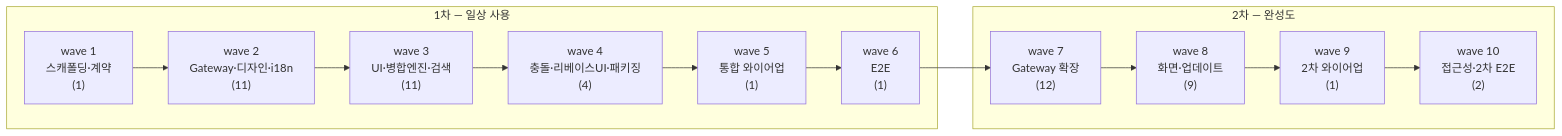
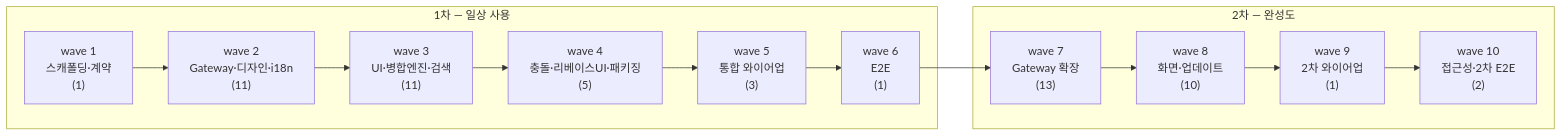
One commit to biuea3866/gitkraken-clone-app changed the diagram in tickets/README.md. Above: the diagram before and after it, drawn with Mermaid. The commit also changed other lines of this file and 6 other files, not shown here.

````diff
--- a/tickets/README.md
+++ b/tickets/README.md
@@ -127,26 +138,26 @@
 ```mermaid
 flowchart LR
     subgraph P1["1차 — 일상 사용"]
         W1["wave 1<br/>스캐폴딩·계약<br/>(1)"]
         W2["wave 2<br/>Gateway·디자인·i18n<br/>(11)"]
         W3["wave 3<br/>UI·병합엔진·검색<br/>(11)"]
-        W4["wave 4<br/>충돌·리베이스UI·패키징<br/>(4)"]
-        W5["wave 5<br/>통합 와이어업<br/>(1)"]
+        W4["wave 4<br/>충돌·리베이스UI·패키징<br/>(5)"]
+        W5["wave 5<br/>통합 와이어업<br/>(3)"]
         W6["wave 6<br/>E2E<br/>(1)"]
     end
     subgraph P2["2차 — 완성도"]
-        W7["wave 7<br/>Gateway 확장<br/>(12)"]
-        W8["wave 8<br/>화면·업데이트<br/>(9)"]
+        W7["wave 7<br/>Gateway 확장<br/>(13)"]
+        W8["wave 8<br/>화면·업데이트<br/>(10)"]
         W9["wave 9<br/>2차 와이어업<br/>(1)"]
         W10["wave 10<br/>접근성·2차 E2E<br/>(2)"]
     end
     W1 --> W2
     W2 --> W3
     W3 --> W4
     W4 --> W5
     W5 --> W6
     W6 --> W7
     W7 --> W8
     W8 --> W9
     W9 --> W10
 ```
````
